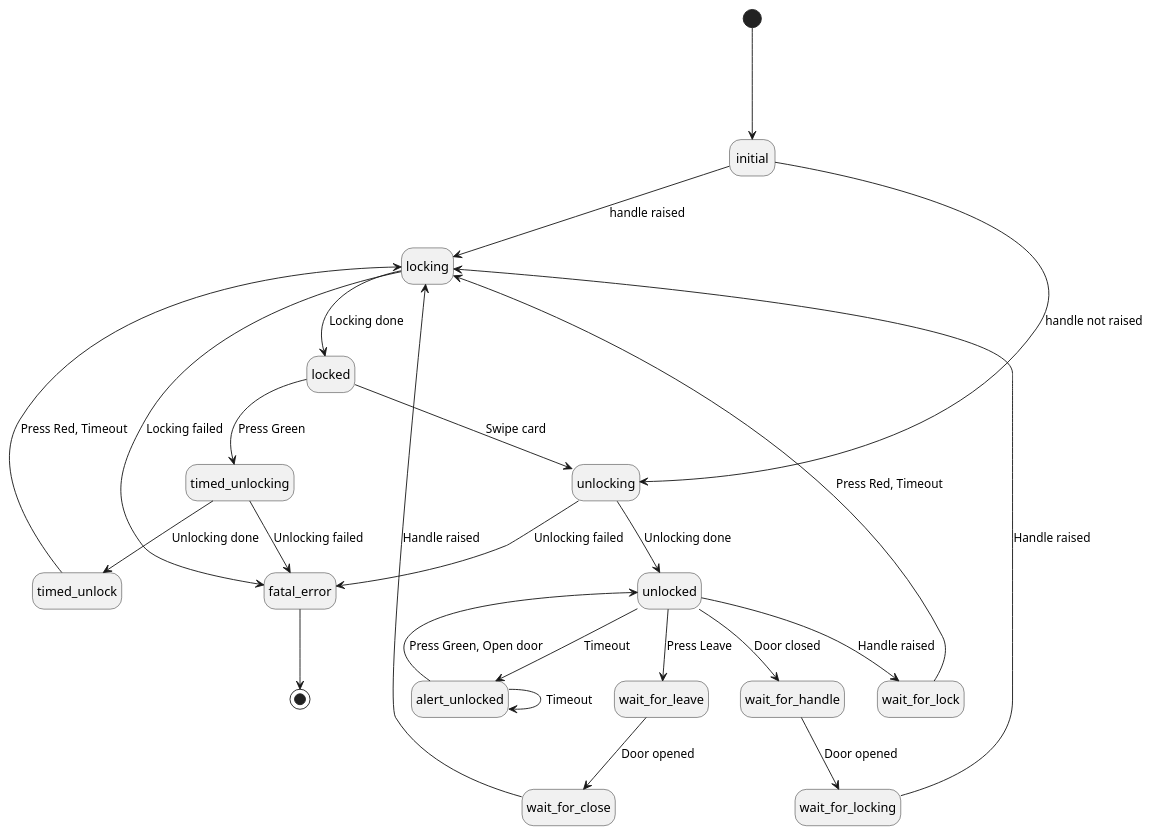
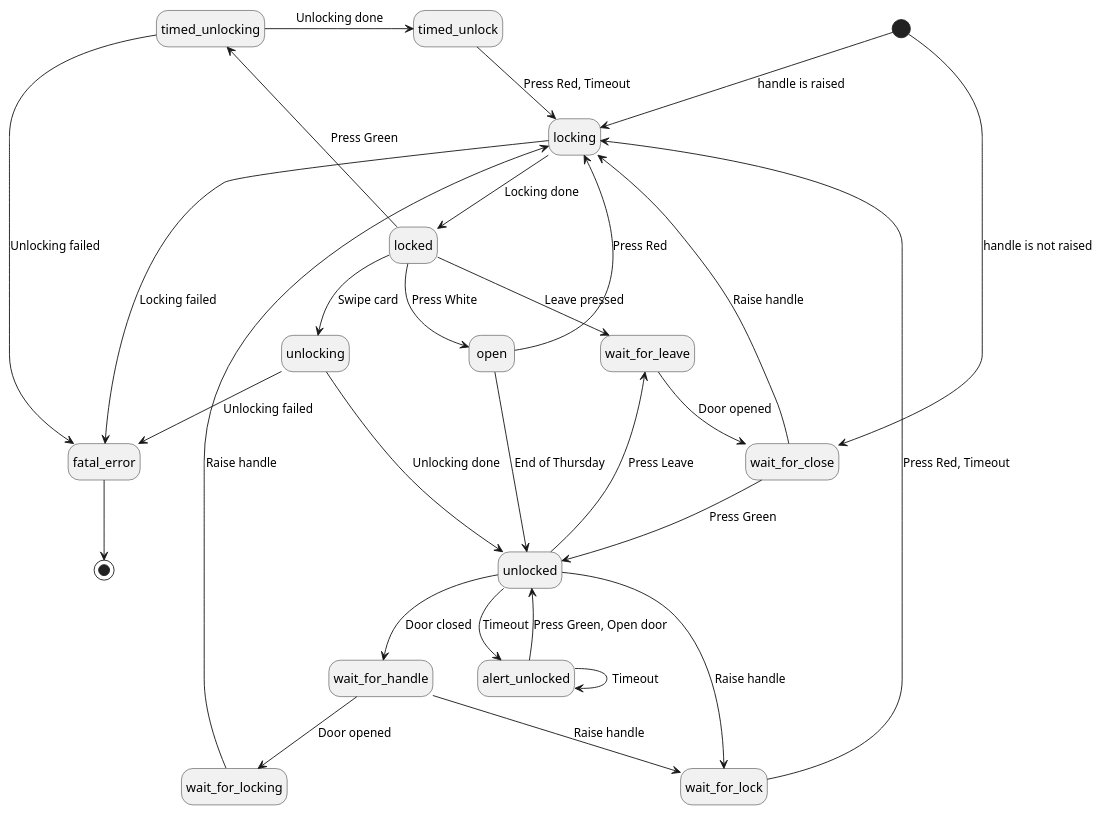
The diagram in ui/states.plantuml (bullestock/acsv2), drawn with PlantUML before and after one commit.

Commit message:
Add more transitions.

```diff
--- a/ui/states.plantuml
+++ b/ui/states.plantuml
@@ -1,30 +1,35 @@
 @startuml
 hide empty description
 
 state "fatal_error" as fatal
 
-[*] ---> initial
-initial --> locking: handle raised
-initial --> unlocking: handle not raised
+[*] --> locking: handle is raised
+[*] --> wait_for_close: handle is not raised
 locked --> unlocking: Swipe card
+locked --> open: Press White
+open --> locking: Press Red
+open --> unlocked: End of Thursday
 unlocking --> unlocked: Unlocking done
 unlocking --> fatal: Unlocking failed
 unlocked --> alert_unlocked: Timeout
 alert_unlocked --> alert_unlocked: Timeout
 alert_unlocked --> unlocked: Press Green, Open door
 locked --> timed_unlocking: Press Green
-timed_unlocking --> timed_unlock: Unlocking done
+timed_unlocking -> timed_unlock: Unlocking done
 timed_unlocking --> fatal: Unlocking failed
 timed_unlock --> locking: Press Red, Timeout
 locking --> locked: Locking done
 locking --> fatal: Locking failed
-unlocked --> wait_for_lock: Handle raised
+unlocked --> wait_for_lock: Raise handle
+locked --> wait_for_leave: Leave pressed
 wait_for_lock --> locking: Press Red, Timeout
 unlocked --> wait_for_handle: Door closed
 unlocked --> wait_for_leave: Press Leave
 wait_for_handle --> wait_for_locking: Door opened
-wait_for_locking --> locking: Handle raised
+wait_for_handle --> wait_for_lock: Raise handle
+wait_for_locking --> locking: Raise handle
 wait_for_leave --> wait_for_close: Door opened
-wait_for_close --> locking: Handle raised
+wait_for_close --> locking: Raise handle
+wait_for_close --> unlocked: Press Green
 fatal --> [*]
 @enduml
```
